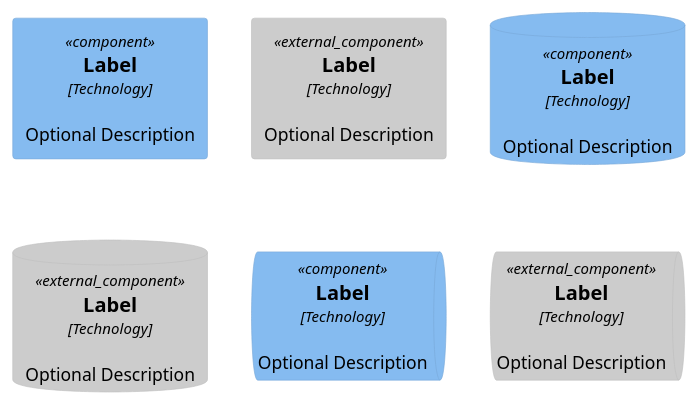
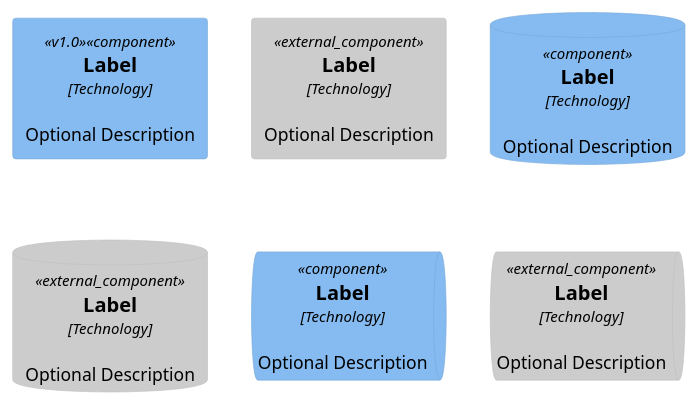
One commit to la-fabrique/plantuml-serializer changed the diagram in src/__tests__/workspaces/component.puml. Above: the diagram before and after it, drawn with PlantUML. The commit also changed 8 other files, not shown here.

```diff
--- a/src/__tests__/workspaces/component.puml
+++ b/src/__tests__/workspaces/component.puml
@@ -1,9 +1,9 @@
 @startuml
 !include https://raw.githubusercontent.com/plantuml-stdlib/C4-PlantUML/master/C4_Component.puml
-Component(componentAlias, "Label", "Technology", "Optional Description")
+Component(componentAlias, "Label", "Technology", "Optional Description", $tags="v1.0")
 Component_Ext(componentExtAlias, "Label", "Technology", "Optional Description")
 ComponentDb(componentDbAlias, "Label", "Technology", "Optional Description")
 ComponentDb_Ext(componentDbExtAlias, "Label", "Technology", "Optional Description")
 ComponentQueue(componentQueueAlias, "Label", "Technology", "Optional Description")
 ComponentQueue_Ext(componentQueueExtAlias, "Label", "Technology", "Optional Description")
 @enduml
```
